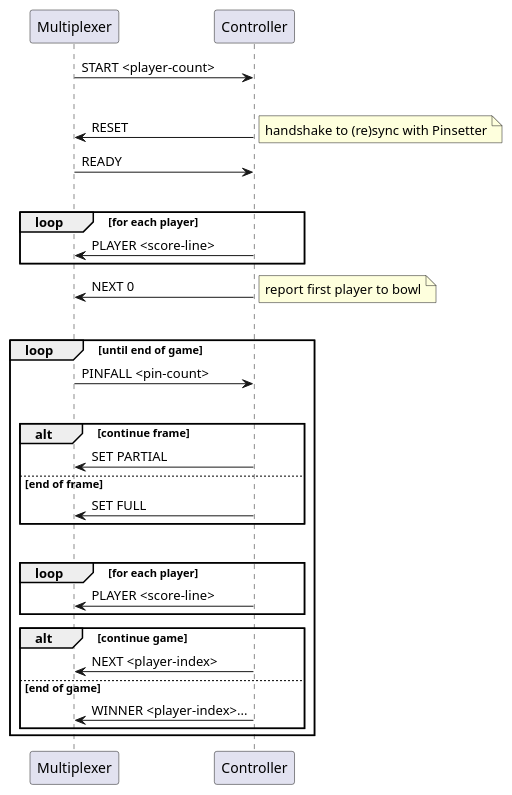
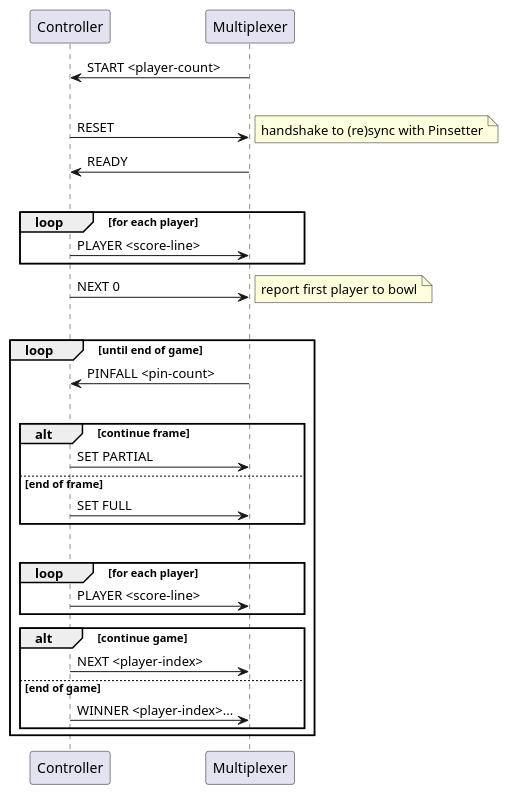
Before and after one commit to java-to-kotlin/kotlin-tdd-workshop: the fifth of 5 diagrams in docs/architecture.md, drawn with PlantUML. The commit also changed other lines of this file, not shown here.

````diff
--- a/docs/architecture.md
+++ b/docs/architecture.md
@@ -160,47 +174,47 @@
 ```plantuml
 @startuml
+participant Controller
 participant Multiplexer
-participant Controller
 
 Multiplexer -> Controller : START <player-count>
 
 |||
 
 Controller -> Multiplexer : RESET
 note right: handshake to (re)sync with Pinsetter
 Controller <- Multiplexer : READY
 
 |||
 
 loop for each player
     Multiplexer <- Controller : PLAYER <score-line>
 end
 Multiplexer <- Controller : NEXT 0
 note right: report first player to bowl
 
 |||
 
 loop until end of game
     Controller <- Multiplexer : PINFALL <pin-count>
     
     |||
     
     alt continue frame
         Controller -> Multiplexer : SET PARTIAL
     else end of frame
         Controller -> Multiplexer : SET FULL
     end
     
     |||
     
     loop for each player
         Multiplexer <- Controller : PLAYER <score-line>
     end
     alt continue game
         Multiplexer <- Controller : NEXT <player-index>
     else end of game
         Multiplexer <- Controller : WINNER <player-index>...
     end
 end
 @enduml
 ```
````
